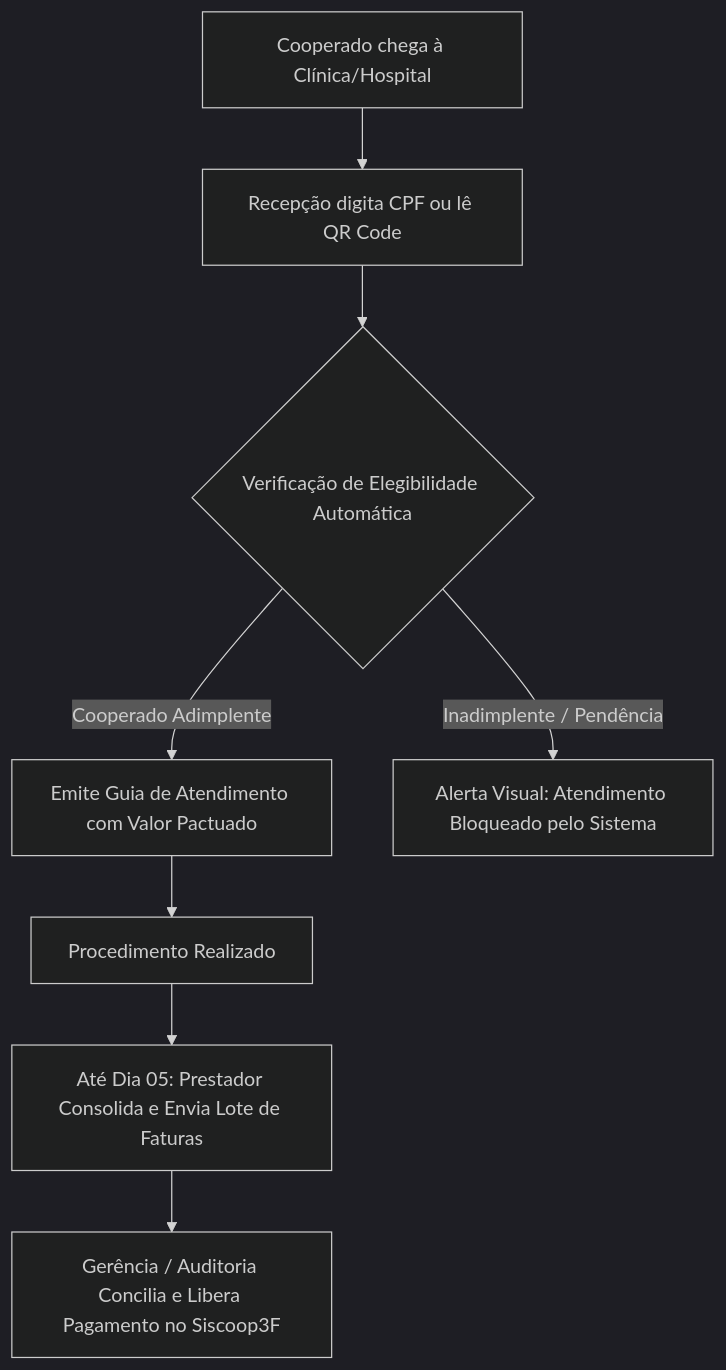
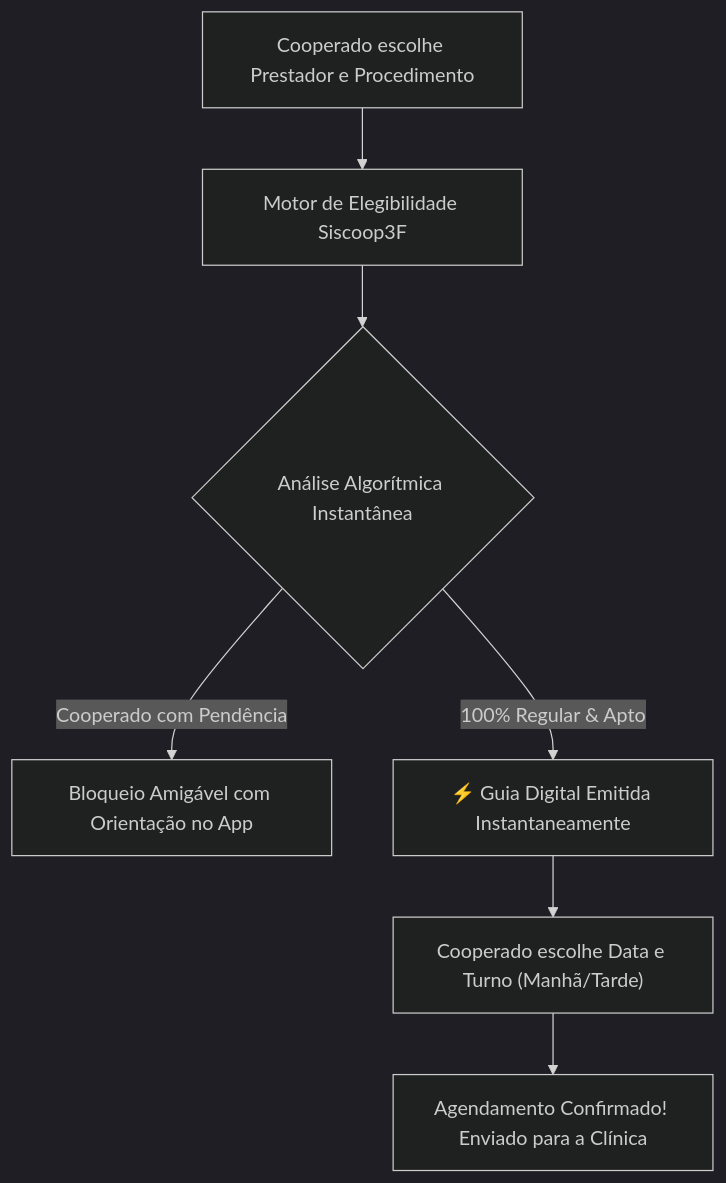
Before and after one commit to gersoncorreia/siscoop3f: the third of 3 diagrams in documentos/ROTEIRO_APRESENTACAO_CBSAUDE.md, drawn with Mermaid (dark theme). The commit also changed other lines of this file and 317 other files, not shown here.

Commit message:
feat(fluxo-online): implementar motor de elegibilidade instantaneo, agendamento online e painel centralizado do prestador

````diff
--- a/documentos/ROTEIRO_APRESENTACAO_CBSAUDE.md
+++ b/documentos/ROTEIRO_APRESENTACAO_CBSAUDE.md
@@ -169,10 +131,9 @@
 ```mermaid
 flowchart TD
-    A["Cooperado chega à Clínica/Hospital"] --> B["Recepção digita CPF ou lê QR Code"]
-    B --> C{"Verificação de Elegibilidade Automática"}
-    C -->|Cooperado Adimplente| D["Emite Guia de Atendimento com Valor Pactuado"]
-    C -->|Inadimplente / Pendência| E["Alerta Visual: Atendimento Bloqueado pelo Sistema"]
-    D --> F["Procedimento Realizado"]
-    F --> G["Até Dia 05: Prestador Consolida e Envia Lote de Faturas"]
-    G --> H["Gerência / Auditoria Concilia e Libera Pagamento no Siscoop3F"]
+    A["Cooperado escolhe Prestador e Procedimento"] --> B["Motor de Elegibilidade Siscoop3F"]
+    B --> C{"Análise Algorítmica Instantânea"}
+    C -->|Cooperado com Pendência| D["Bloqueio Amigável com Orientação no App"]
+    C -->|100% Regular & Apto| E["⚡ Guia Digital Emitida Instantaneamente"]
+    E --> F["Cooperado escolhe Data e Turno (Manhã/Tarde)"]
+    F --> G["Agendamento Confirmado! Enviado para a Clínica"]
 ```
````
